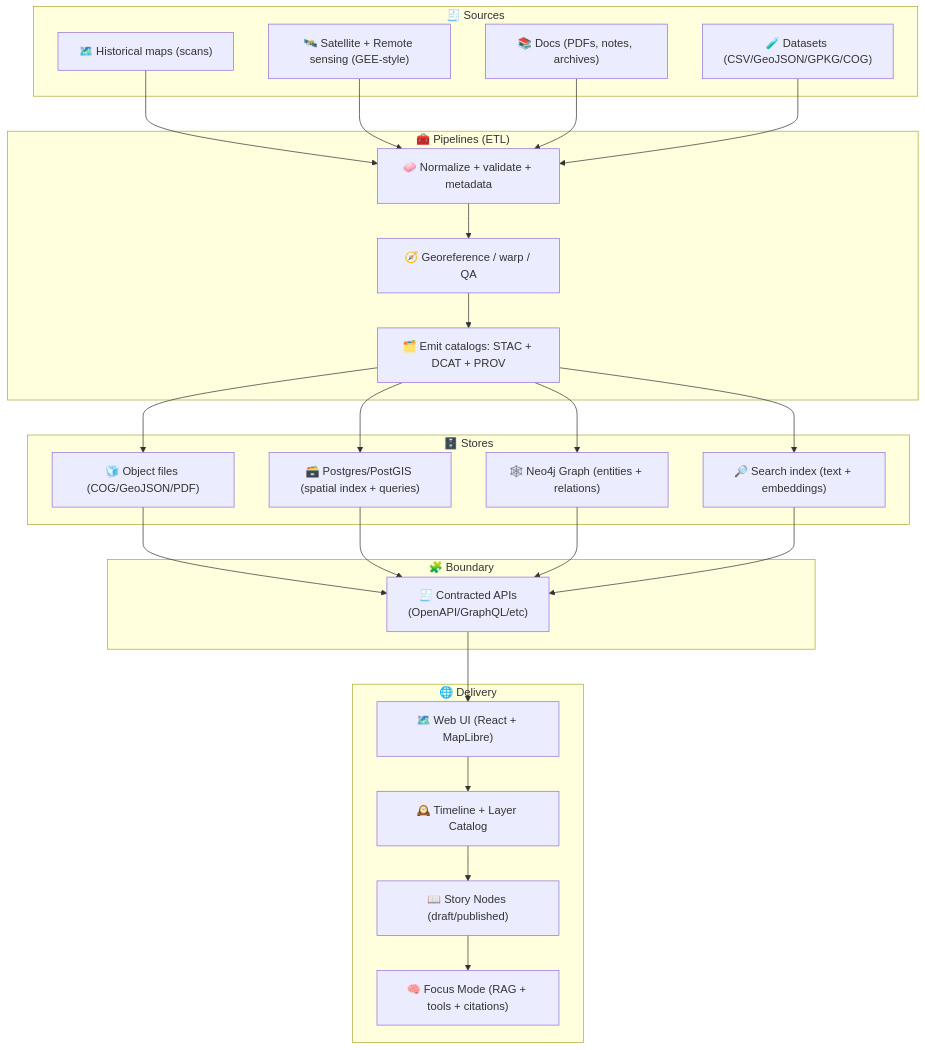
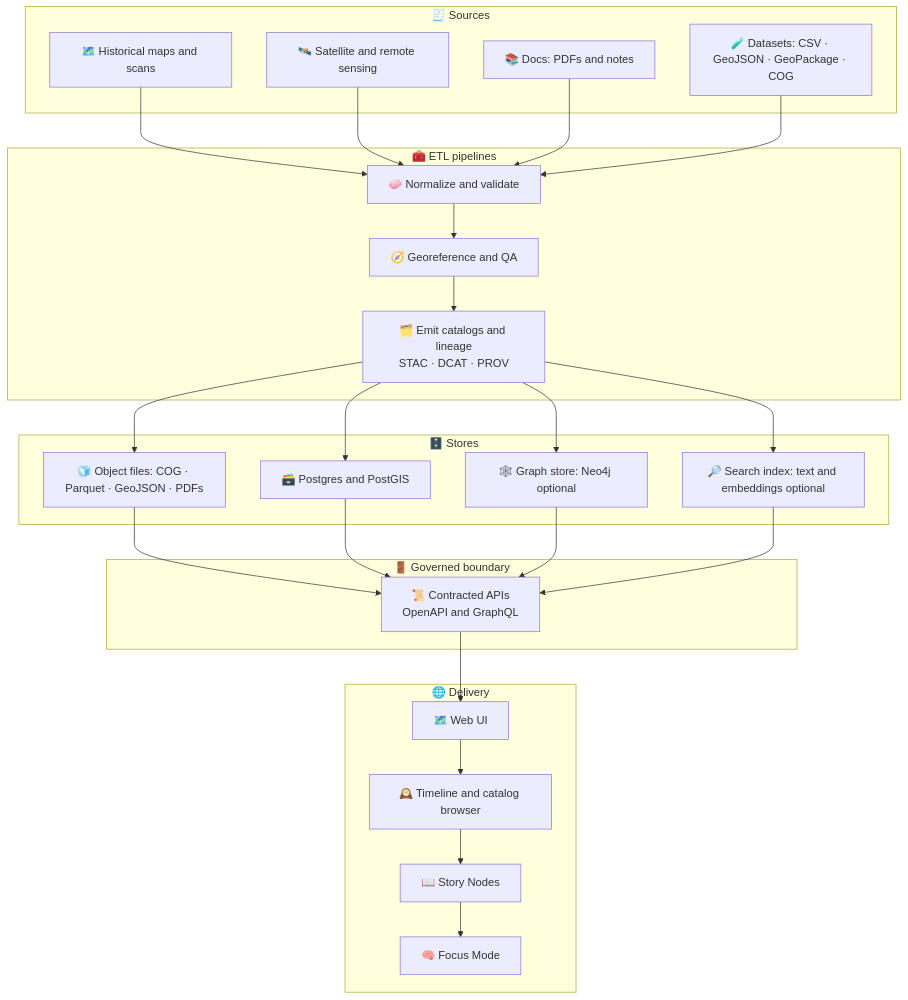
One commit to bartytime4life/Kansas-Frontier-Matrix changed the second of 2 diagrams in web/README.md. Above: the diagram before and after it, drawn with Mermaid. The commit also changed other lines of this file, not shown here.

````diff
--- a/web/README.md
+++ b/web/README.md
@@ -138,48 +148,48 @@
 ```mermaid
 flowchart TB
   subgraph Sources["🧾 Sources"]
-    A["🗺️ Historical maps (scans)"]
-    B["🛰️ Satellite + Remote sensing (GEE-style)"]
-    C["📚 Docs (PDFs, notes, archives)"]
-    D["🧪 Datasets (CSV/GeoJSON/GPKG/COG)"]
+    A["🗺️ Historical maps and scans"]
+    B["🛰️ Satellite and remote sensing"]
+    C["📚 Docs: PDFs and notes"]
+    D["🧪 Datasets: CSV · GeoJSON · GeoPackage · COG"]
   end
 
-  subgraph Pipelines["🧰 Pipelines (ETL)"]
-    E["🧼 Normalize + validate + metadata"]
-    F["🧭 Georeference / warp / QA"]
-    G["🗂️ Emit catalogs: STAC + DCAT + PROV"]
+  subgraph Pipelines["🧰 ETL pipelines"]
+    E["🧼 Normalize and validate"]
+    F["🧭 Georeference and QA"]
+    G["🗂️ Emit catalogs and lineage<br/>STAC · DCAT · PROV"]
   end
 
   subgraph Stores["🗄️ Stores"]
-    H["🧊 Object files (COG/GeoJSON/PDF)"]
-    I["🗃️ Postgres/PostGIS (spatial index + queries)"]
-    J["🕸️ Neo4j Graph (entities + relations)"]
-    K["🔎 Search index (text + embeddings)"]
+    H["🧊 Object files: COG · Parquet · GeoJSON · PDFs"]
+    I["🗃️ Postgres and PostGIS"]
+    J["🕸️ Graph store: Neo4j optional"]
+    K["🔎 Search index: text and embeddings optional"]
   end
 
-  subgraph Boundary["🧩 Boundary"]
-    L["🧾 Contracted APIs<br/>(OpenAPI/GraphQL/etc)"]
+  subgraph Boundary["🚪 Governed boundary"]
+    L["📜 Contracted APIs<br/>OpenAPI and GraphQL"]
   end
 
   subgraph UX["🌐 Delivery"]
-    M["🗺️ Web UI (React + MapLibre)"]
-    N["🕰️ Timeline + Layer Catalog"]
-    O["📖 Story Nodes (draft/published)"]
-    P["🧠 Focus Mode (RAG + tools + citations)"]
+    M["🗺️ Web UI"]
+    N["🕰️ Timeline and catalog browser"]
+    O["📖 Story Nodes"]
+    P["🧠 Focus Mode"]
   end
 
   A-->E
   B-->E
   C-->E
   D-->E
   E-->F-->G
   G-->H
   G-->I
   G-->J
   G-->K
   H-->L
   I-->L
   J-->L
   K-->L
   L-->M-->N-->O-->P
 ```
````
